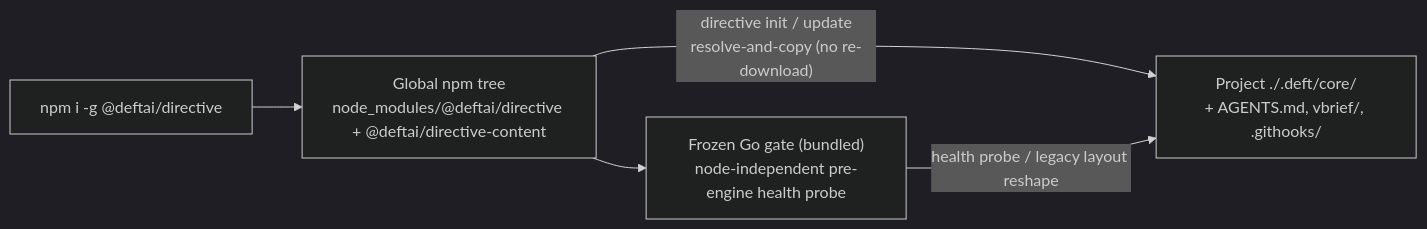
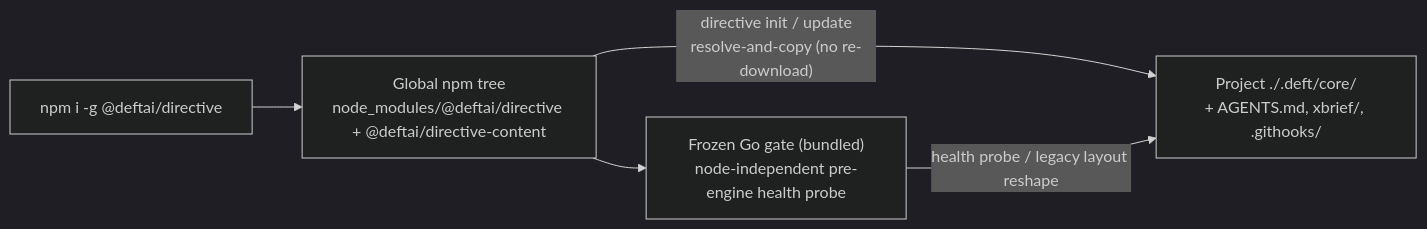
The fourth of 7 diagrams in docs/ARCHITECTURE.md (dbcall2/directive), drawn with Mermaid (dark theme) before and after one commit. The commit also changed other lines of this file and 10 other files, not shown here.

````diff
--- a/docs/ARCHITECTURE.md
+++ b/docs/ARCHITECTURE.md
@@ -109,7 +111,7 @@
 ```mermaid
 flowchart LR
     npm["npm i -g @deftai/directive"] --> Global["Global npm tree<br/>node_modules/@deftai/directive + @deftai/directive-content"]
-    Global -->|"directive init / update<br/>resolve-and-copy (no re-download)"| Proj["Project ./.deft/core/<br/>+ AGENTS.md, vbrief/, .githooks/"]
+    Global -->|"directive init / update<br/>resolve-and-copy (no re-download)"| Proj["Project ./.deft/core/<br/>+ AGENTS.md, xbrief/, .githooks/"]
     Global --> Gate["Frozen Go gate (bundled)<br/>node-independent pre-engine health probe"]
     Gate -->|"health probe / legacy layout reshape"| Proj
 ```
````
